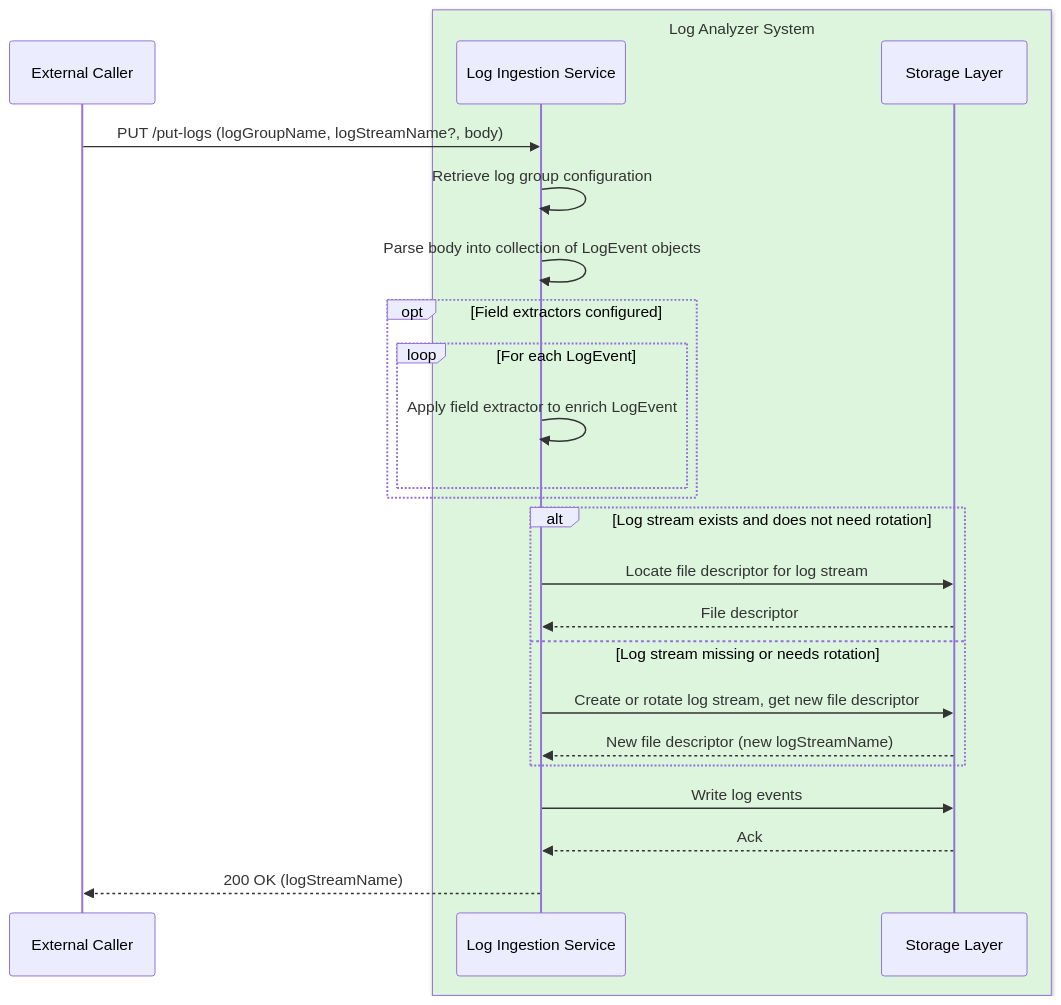
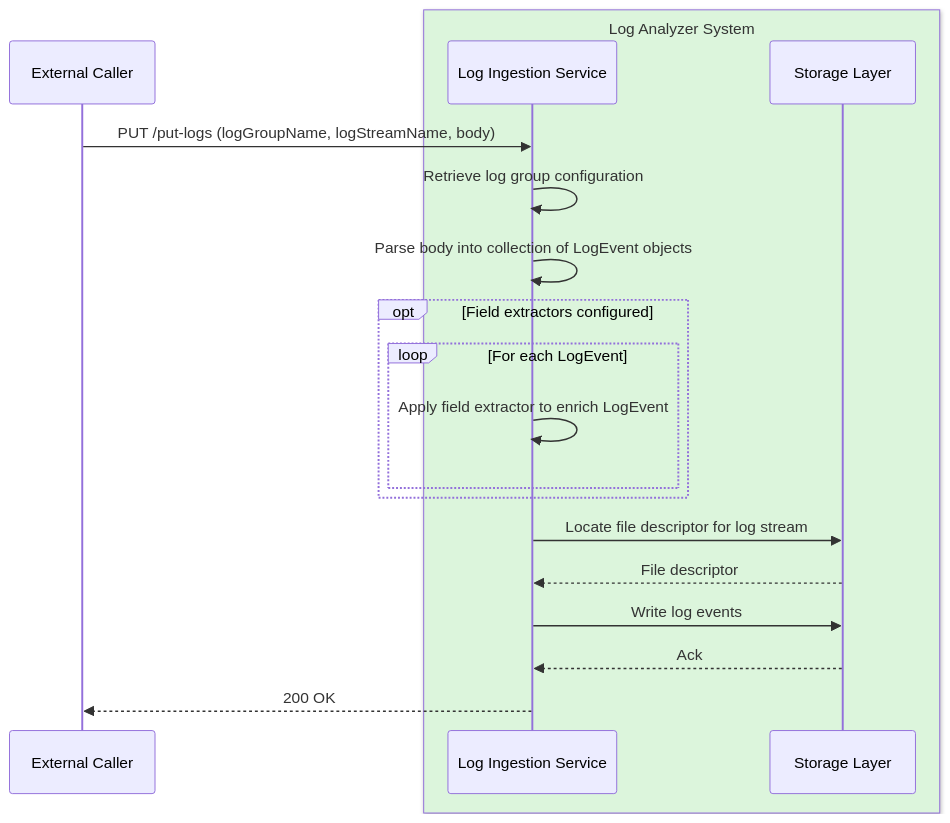
Before and after one commit to Dicee/simple-log-analyzer: the diagram in doc/design/adr2-initial-ingestion-layer.md, drawn with Mermaid. The commit also changed other lines of this file and 1 other file, not shown here.

Commit message:
Oops, needed some more changes to ADR 1 and 2

````diff
--- a/doc/design/adr2-initial-ingestion-layer.md
+++ b/doc/design/adr2-initial-ingestion-layer.md
@@ -37,27 +37,22 @@
 ```mermaid
 sequenceDiagram
     participant Caller as External Caller
     box rgb(220, 245, 220) Log Analyzer System
         participant API as Log Ingestion Service
         participant Storage as Storage Layer
     end
 
-    Caller->>API: PUT /put-logs (logGroupName, logStreamName?, body)
+    Caller->>API: PUT /put-logs (logGroupName, logStreamName, body)
     API->>API: Retrieve log group configuration
     API->>API: Parse body into collection of LogEvent objects
     opt Field extractors configured
         loop For each LogEvent
             API->>API: Apply field extractor to enrich LogEvent
         end
     end
-    alt Log stream exists and does not need rotation
-        API->>Storage: Locate file descriptor for log stream
-        Storage-->>API: File descriptor
-    else Log stream missing or needs rotation
-        API->>Storage: Create or rotate log stream, get new file descriptor
-        Storage-->>API: New file descriptor (new logStreamName)
-    end
+    API->>Storage: Locate file descriptor for log stream
+    Storage-->>API: File descriptor
     API->>Storage: Write log events
     Storage-->>API: Ack
-    API-->>Caller: 200 OK (logStreamName)
+    API-->>Caller: 200 OK
 ```
````
